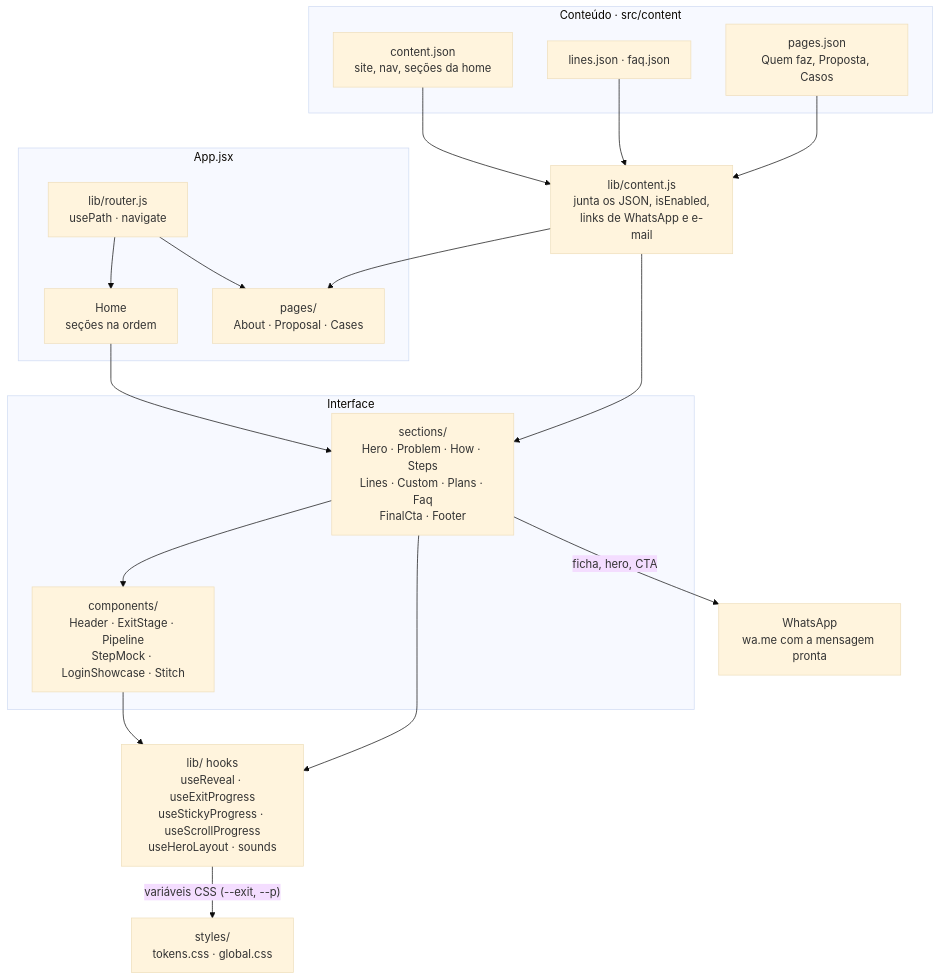
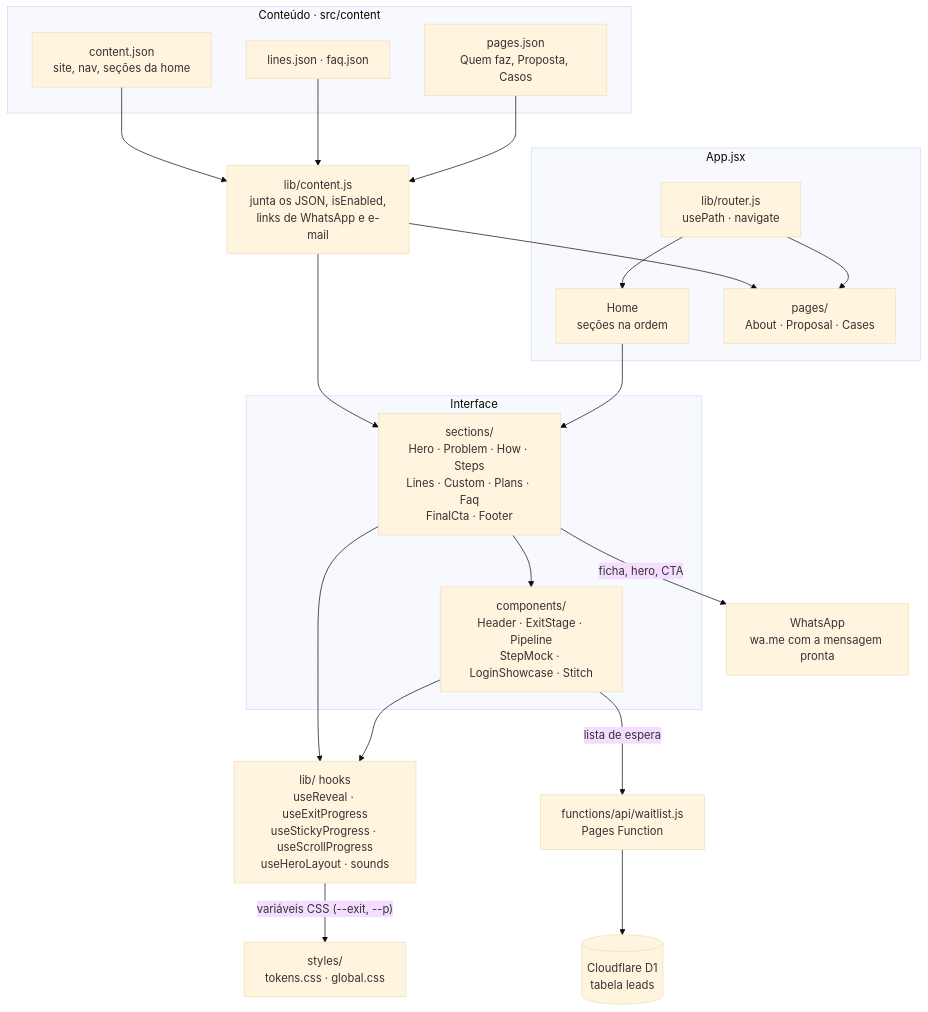
The first of 2 diagrams in docs/LP-ARQ-001-arquitetura.md (SamaraSilvia81/atelierin), drawn with Mermaid (base theme) before and after one commit. The commit also changed other lines of this file and 8 other files, not shown here.

````diff
--- a/docs/LP-ARQ-001-arquitetura.md
+++ b/docs/LP-ARQ-001-arquitetura.md
@@ -39,28 +39,31 @@
 ```mermaid
 flowchart TB
   subgraph Conteudo["Conteúdo · src/content"]
     J1["content.json<br/>site, nav, seções da home"]
     J2["lines.json · faq.json"]
     J3["pages.json<br/>Quem faz, Proposta, Casos"]
   end
   L["lib/content.js<br/>junta os JSON, isEnabled,<br/>links de WhatsApp e e-mail"]
   subgraph App["App.jsx"]
     R["lib/router.js<br/>usePath · navigate"]
     H["Home<br/>seções na ordem"]
     P["pages/<br/>About · Proposal · Cases"]
   end
   subgraph UI["Interface"]
     S["sections/<br/>Hero · Problem · How · Steps<br/>Lines · Custom · Plans · Faq<br/>FinalCta · Footer"]
     C["components/<br/>Header · ExitStage · Pipeline<br/>StepMock · LoginShowcase · Stitch"]
   end
   K["lib/ hooks<br/>useReveal · useExitProgress<br/>useStickyProgress · useScrollProgress<br/>useHeroLayout · sounds"]
   CSS["styles/<br/>tokens.css · global.css"]
   WA["WhatsApp<br/>wa.me com a mensagem pronta"]
+  API["functions/api/waitlist.js<br/>Pages Function"]
+  D1[("Cloudflare D1<br/>tabela leads")]
 
   J1 & J2 & J3 --> L --> S & P
   R --> H & P
   H --> S --> C
   S & C --> K
   K -- "variáveis CSS (--exit, --p)" --> CSS
   S -- "ficha, hero, CTA" --> WA
+  C -- "lista de espera" --> API --> D1
 ```
````
